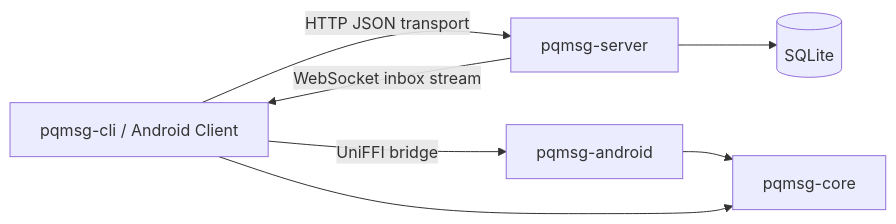
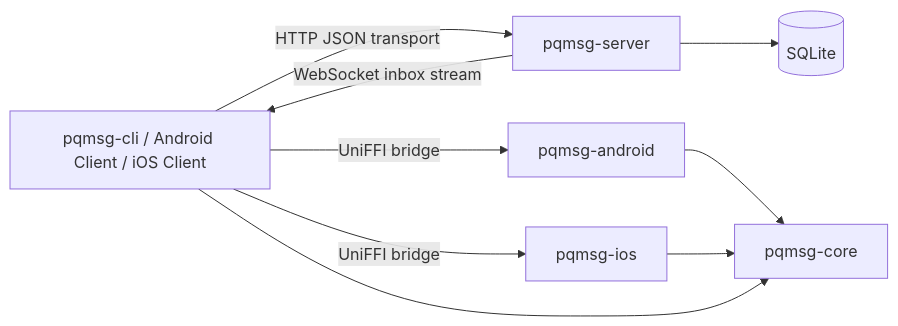
One commit to ErenAri/post-quantum-messaging-app changed the first of 2 diagrams in README.md. Above: the diagram before and after it, drawn with Mermaid. The commit also changed other lines of this file and 71 other files, not shown here.

````diff
--- a/README.md
+++ b/README.md
@@ -25,9 +25,11 @@
 ```mermaid
 flowchart LR
-    C[pqmsg-cli / Android Client] -->|HTTP JSON transport| S[pqmsg-server]
+    C[pqmsg-cli / Android Client / iOS Client] -->|HTTP JSON transport| S[pqmsg-server]
     S -->|WebSocket inbox stream| C
     C -->|UniFFI bridge| A[pqmsg-android]
+    C -->|UniFFI bridge| I[pqmsg-ios]
     A --> CORE[pqmsg-core]
+    I --> CORE
     C --> CORE
     S --> DB[(SQLite)]
 ```
````
